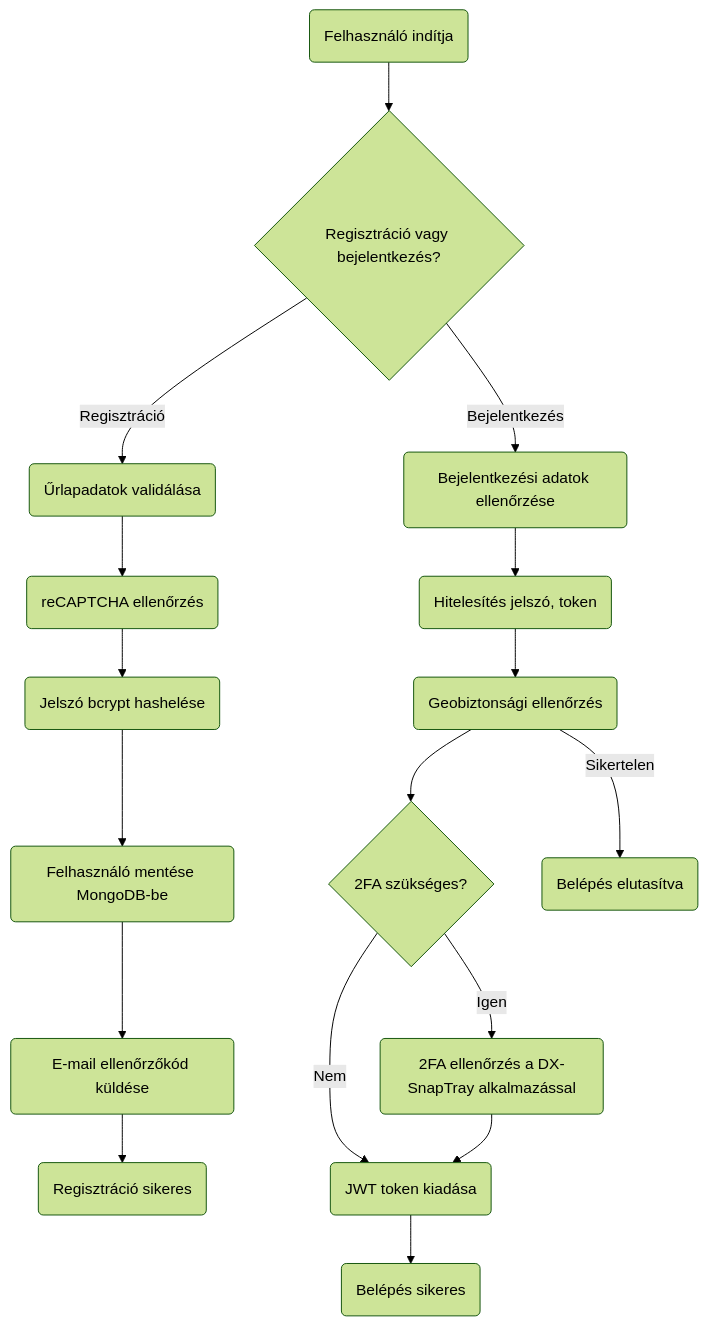
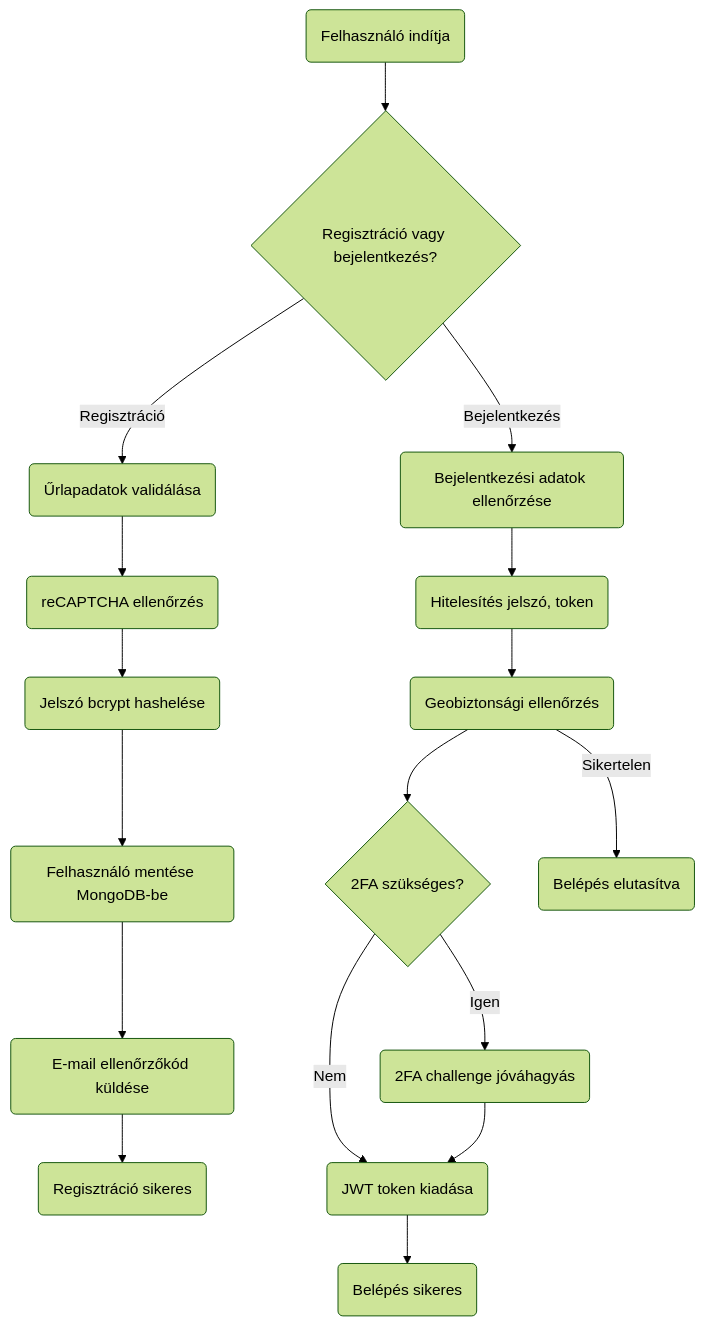
Before and after one commit to bivorzk/iskolaprojekt: the second of 6 diagrams in docs/new_doc_hu.md, drawn with Mermaid (forest theme). The commit also changed other lines of this file and 1 other file, not shown here.

````diff
--- a/docs/new_doc_hu.md
+++ b/docs/new_doc_hu.md
@@ -1346,19 +1406,19 @@
 ```mermaid
 flowchart TD
     start(Felhasználó indítja) --> choice{Regisztráció vagy bejelentkezés?}
     choice -- Regisztráció --> regInput(Űrlapadatok validálása)
     regInput --> captcha(reCAPTCHA ellenőrzés)
     captcha --> hash(Jelszó bcrypt hashelése)
     hash --> save(Felhasználó mentése MongoDB-be)
     save --> email(E-mail ellenőrzőkód küldése)
     email --> regOk(Regisztráció sikeres)
     choice -- Bejelentkezés --> loginInput(Bejelentkezési adatok ellenőrzése)
     loginInput --> creds(Hitelesítés jelszó, token)
     creds --> genaut(Geobiztonsági ellenőrzés)
     genaut --> twofa{2FA szükséges?}
-    twofa -- Igen --> twofaStep(2FA ellenőrzés a DX-SnapTray alkalmazással)
+    twofa -- Igen --> twofaStep(2FA challenge jóváhagyás)
     twofa -- Nem --> issueJWT(JWT token kiadása)
     twofaStep --> issueJWT
     issueJWT --> success(Belépés sikeres)
     genaut -- Sikertelen --> fail(Belépés elutasítva)
 ```
````
